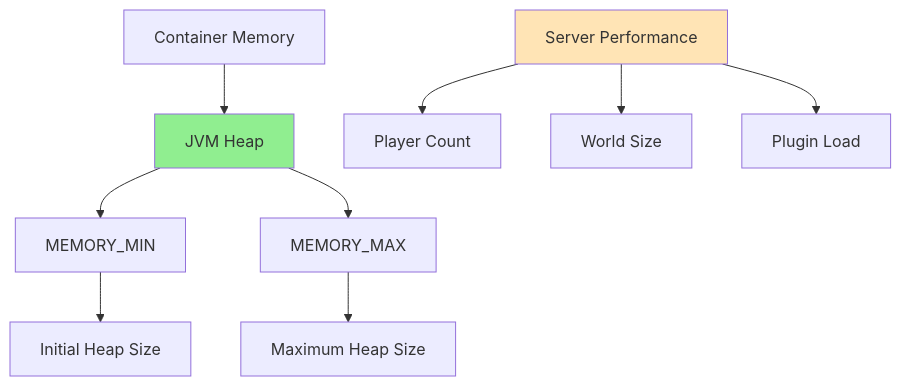
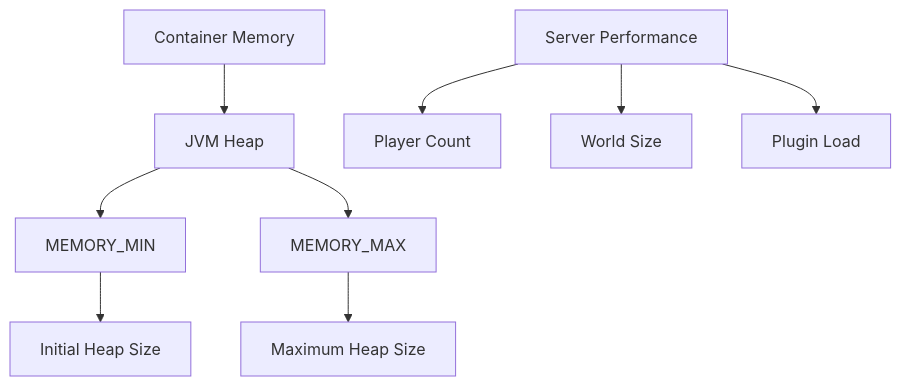
Before and after one commit to 4gh0rn/dev-blog: the ninth of 9 diagrams in docs/projects/minecraft-server.md, drawn with Mermaid. The commit also changed other lines of this file and 17 other files, not shown here.

````diff
--- a/docs/projects/minecraft-server.md
+++ b/docs/projects/minecraft-server.md
@@ -266,16 +245,13 @@
 ```mermaid
 graph TB
     A[Container Memory] --> B[JVM Heap]
     B --> C[MEMORY_MIN]
     B --> D[MEMORY_MAX]
     
     C --> E[Initial Heap Size]
     D --> F[Maximum Heap Size]
     
     G[Server Performance] --> H[Player Count]
     G --> I[World Size]
     G --> J[Plugin Load]
-    
-    style B fill:#90EE90
-    style G fill:#FFE4B5
 ```
````
